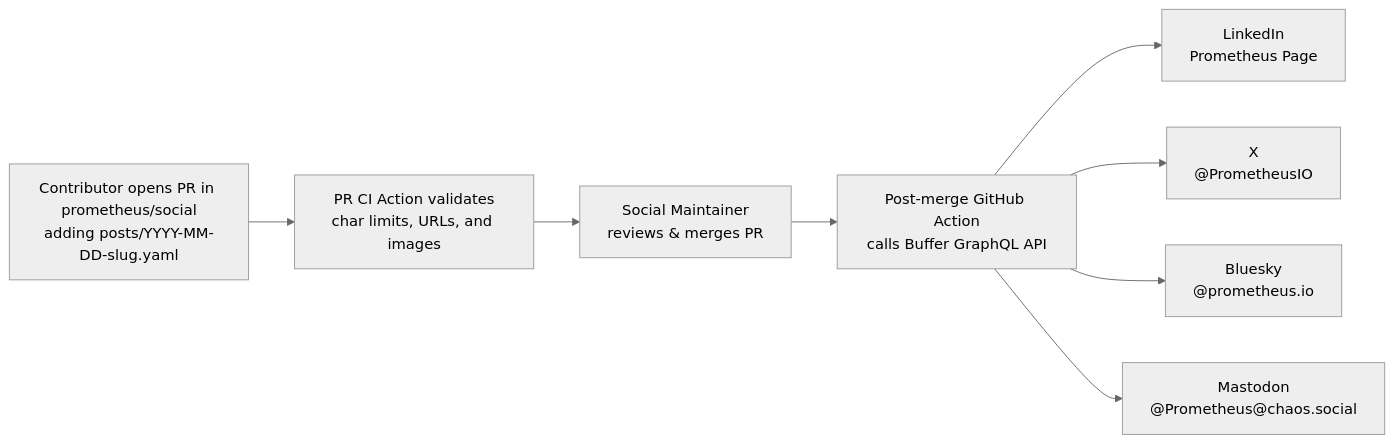
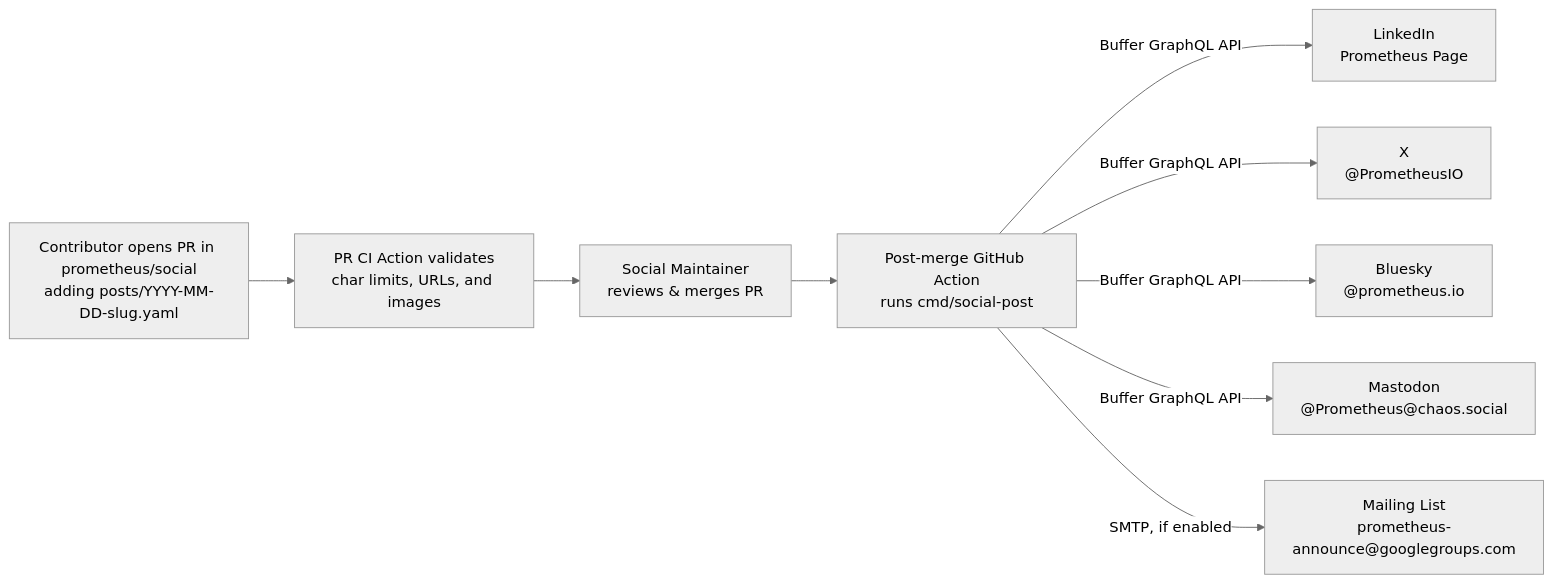
One commit to prometheus/proposals changed the diagram in proposals/0109-social-media.md. Above: the diagram before and after it, drawn with Mermaid (neutral theme). The commit also changed other lines of this file, not shown here.

Commit message:
proposal: PROM-109: Add support for posting to prometheus-announce

````diff
--- a/proposals/0109-social-media.md
+++ b/proposals/0109-social-media.md
@@ -79,10 +81,11 @@
 ```mermaid
 flowchart LR
     A["Contributor opens PR in prometheus/social\nadding posts/YYYY-MM-DD-slug.yaml"] --> B["PR CI Action validates\nchar limits, URLs, and images"]
     B --> C["Social Maintainer\nreviews & merges PR"]
-    C --> D["Post-merge GitHub Action\ncalls Buffer GraphQL API"]
-    D --> E["LinkedIn\nPrometheus Page"]
-    D --> F["X\n@PrometheusIO"]
-    D --> G["Bluesky\n@prometheus.io"]
-    D --> H["Mastodon\n@Prometheus@chaos.social"]
+    C --> D["Post-merge GitHub Action\nruns cmd/social-post"]
+    D -->|Buffer GraphQL API| E["LinkedIn\nPrometheus Page"]
+    D -->|Buffer GraphQL API| F["X\n@PrometheusIO"]
+    D -->|Buffer GraphQL API| G["Bluesky\n@prometheus.io"]
+    D -->|Buffer GraphQL API| H["Mastodon\n@Prometheus@chaos.social"]
+    D -->|SMTP, if enabled| I["Mailing List\nprometheus-announce@googlegroups.com"]
 ```
````
